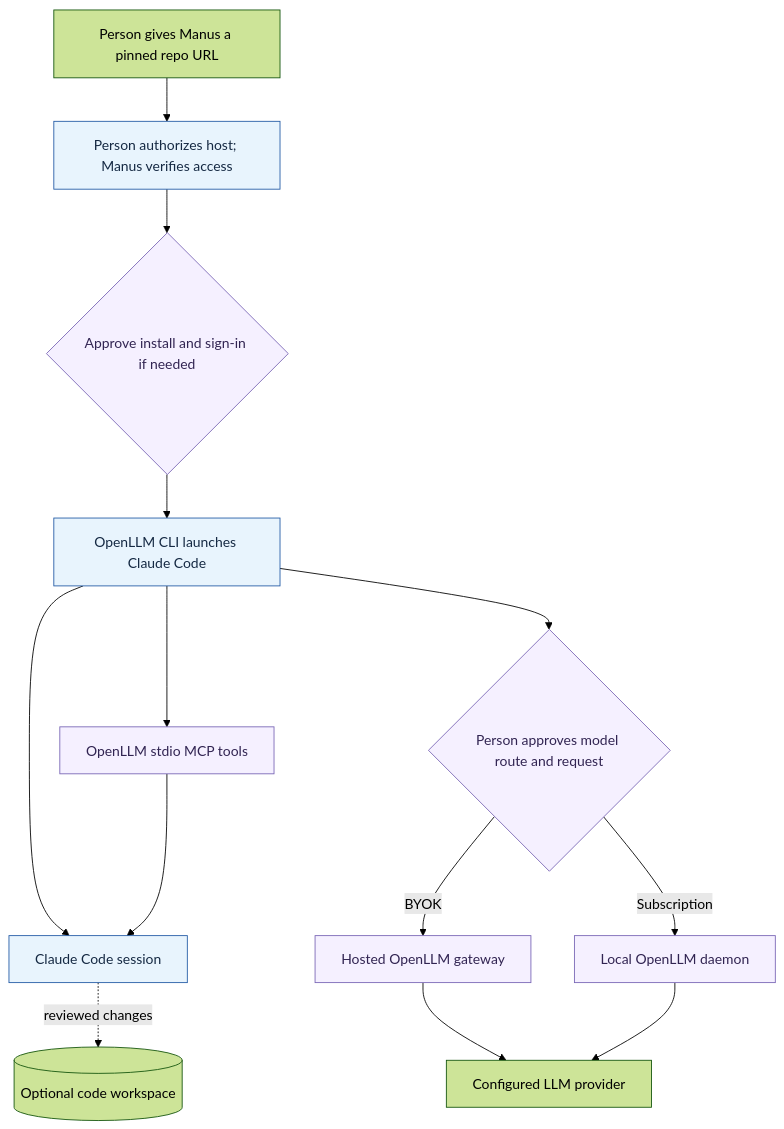
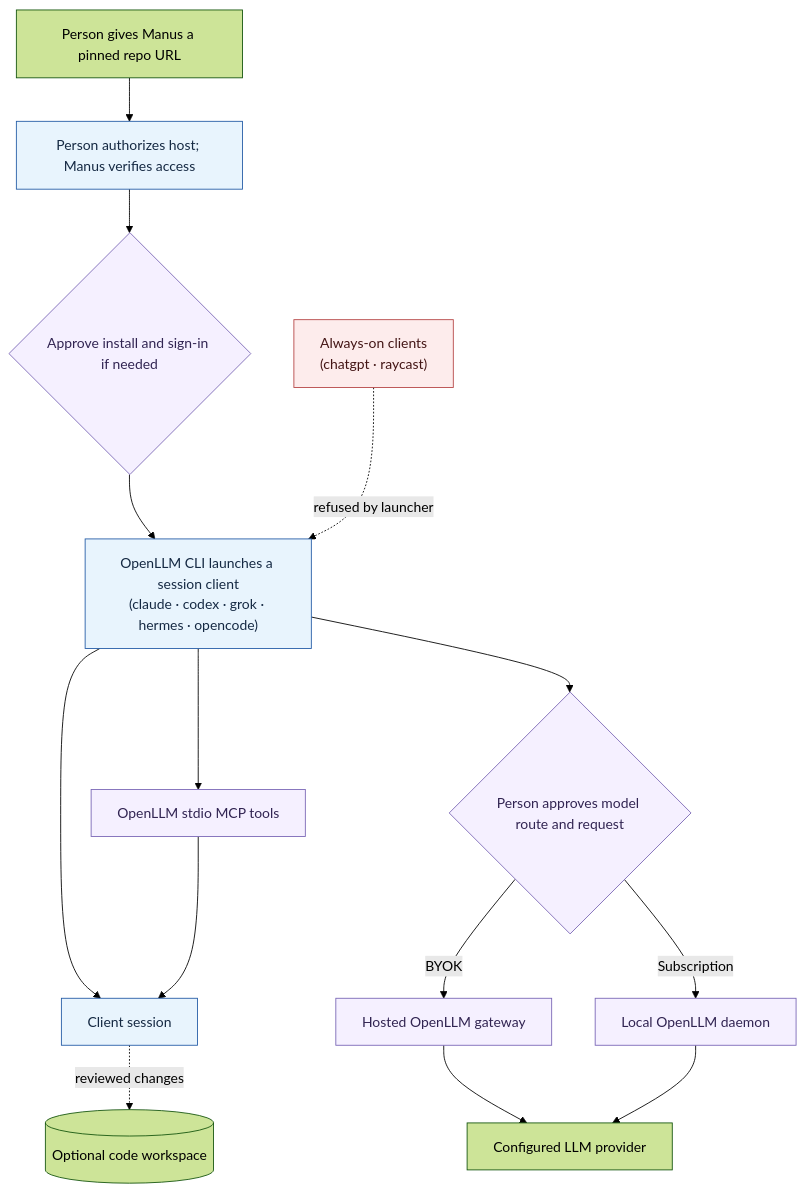
Before and after one commit to MindDragonLabs/manus-openllm: the diagram in docs/architecture.mmd, drawn with Mermaid (forest theme). The commit also changed 10 other files, not shown here.

First line of the commit message:
Support all OpenLLM session clients; harden test harness

```diff
--- a/docs/architecture.mmd
+++ b/docs/architecture.mmd
@@ -1,17 +1,20 @@
 flowchart TB
     U[Person gives Manus a pinned repo URL] --> M[Person authorizes host; Manus verifies access]
     M --> K{Approve install and sign-in if needed}
-    K --> C[OpenLLM CLI launches Claude Code]
-    C --> A[Claude Code session]
+    K --> C["OpenLLM CLI launches a session client<br/>(claude · codex · grok · hermes · opencode)"]
+    C --> A["Client session"]
     C --> X[OpenLLM stdio MCP tools]
     X --> A
     C --> R{Person approves model route and request}
     R -->|BYOK| G[Hosted OpenLLM gateway]
     R -->|Subscription| D[Local OpenLLM daemon]
     G --> V[Configured LLM provider]
     D --> V
     A -. reviewed changes .-> W[(Optional code workspace)]
     classDef primary fill:#e8f4fd,stroke:#225aa5,color:#152943;
     classDef route fill:#f5f0ff,stroke:#7865b5,color:#312452;
+    classDef refused fill:#fdecec,stroke:#b54444,color:#431515;
+    C2["Always-on clients<br/>(chatgpt · raycast)"] -. refused by launcher .-> C
     class M,C,A primary;
     class R,K,G,D,X route;
+    class C2 refused;
```
